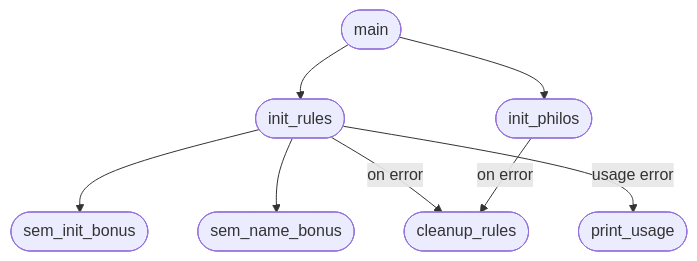
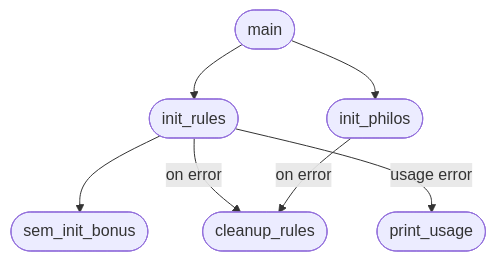
One commit to eabdelfa/03_philosophers changed the first of 5 diagrams in doc/philo_bonus/philo_bonus_section_flows.md. Above: the diagram before and after it, drawn with Mermaid. The commit also changed other lines of this file and 3 other files, not shown here.

Commit message:
Update documentation and remove obsolete semaphore file; integrate make_sem_name into sem_init_bonus.c

````diff
--- a/doc/philo_bonus/philo_bonus_section_flows.md
+++ b/doc/philo_bonus/philo_bonus_section_flows.md
@@ -5,18 +5,16 @@
 ```mermaid
 flowchart TD
     MAIN([main])
     INIT_RULES([init_rules])
     SEM_INIT([sem_init_bonus])
-    SEM_NAME([sem_name_bonus])
     INIT_PHILOS([init_philos])
     CLEANUP([cleanup_rules])
     PRINT_USAGE([print_usage])
 
     MAIN --> INIT_RULES
     INIT_RULES --> SEM_INIT
-    INIT_RULES --> SEM_NAME
     INIT_RULES -->|on error| CLEANUP
     INIT_RULES -->|usage error| PRINT_USAGE
     MAIN --> INIT_PHILOS
     INIT_PHILOS -->|on error| CLEANUP
 ```
````
